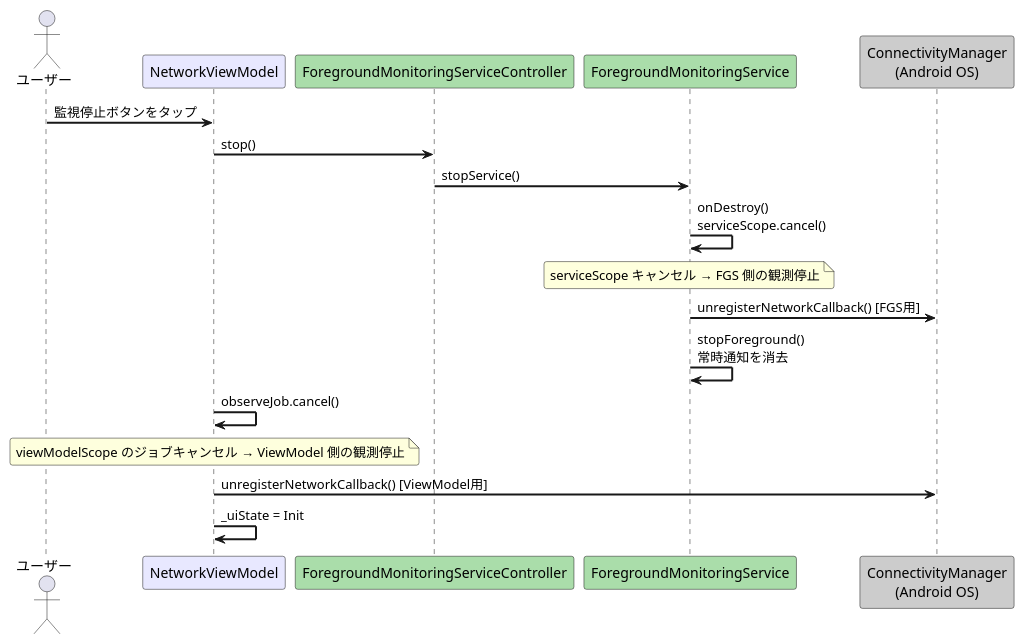
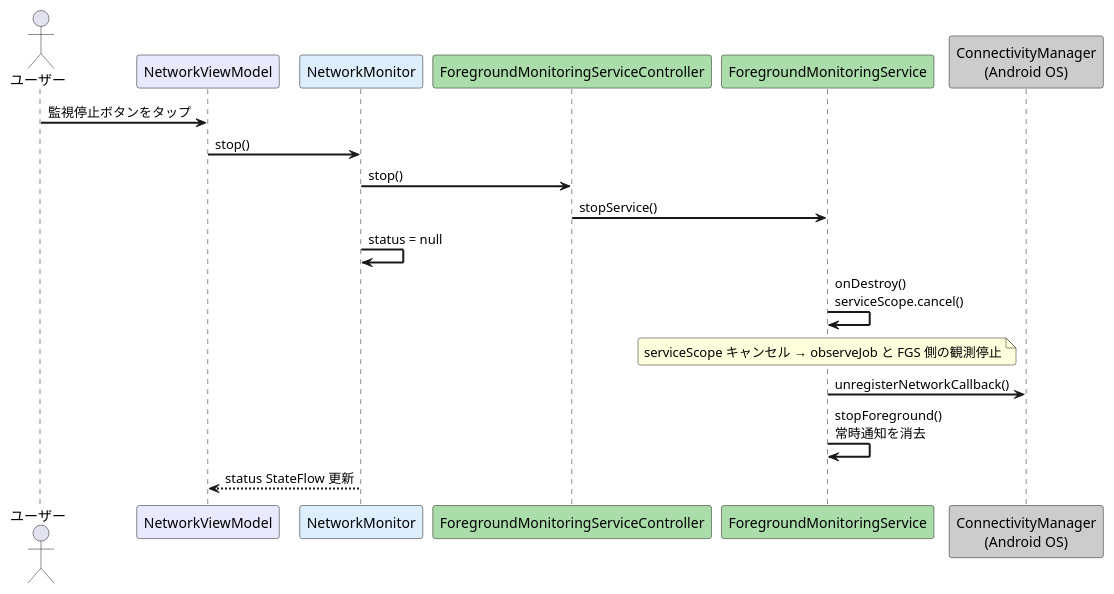
Before and after one commit to kyo1941/wifi-observer: the fourth of 4 diagrams in docs/notification-sequence.md, drawn with PlantUML. The commit also changed other lines of this file and 2 other files, not shown here.

````diff
--- a/docs/notification-sequence.md
+++ b/docs/notification-sequence.md
@@ -107,25 +130,24 @@
 ```plantuml
 @startuml
 skinparam sequenceArrowThickness 2
 skinparam roundcorner 5
 
 actor ユーザー
 participant "NetworkViewModel" as ViewModel #E8E8FF
+participant "NetworkMonitor" as Monitor #DDEEFF
 participant "ForegroundMonitoringServiceController" as Controller #AADDAA
 participant "ForegroundMonitoringService" as Service #AADDAA
 participant "ConnectivityManager\n(Android OS)" as OS #CCCCCC
 
 ユーザー -> ViewModel: 監視停止ボタンをタップ
-ViewModel -> Controller: stop()
+ViewModel -> Monitor: stop()
+Monitor -> Controller: stop()
 Controller -> Service: stopService()
+Monitor -> Monitor: status = null
 Service -> Service: onDestroy()\nserviceScope.cancel()
-note over Service: serviceScope キャンセル → FGS 側の観測停止
-Service -> OS: unregisterNetworkCallback() [FGS用]
+note over Service: serviceScope キャンセル → observeJob と FGS 側の観測停止
+Service -> OS: unregisterNetworkCallback()
 Service -> Service: stopForeground()\n常時通知を消去
-
-ViewModel -> ViewModel: observeJob.cancel()
-note over ViewModel: viewModelScope のジョブキャンセル → ViewModel 側の観測停止
-ViewModel -> OS: unregisterNetworkCallback() [ViewModel用]
-ViewModel -> ViewModel: _uiState = Init
+Monitor --> ViewModel: status StateFlow 更新
 @enduml
 ```
````
